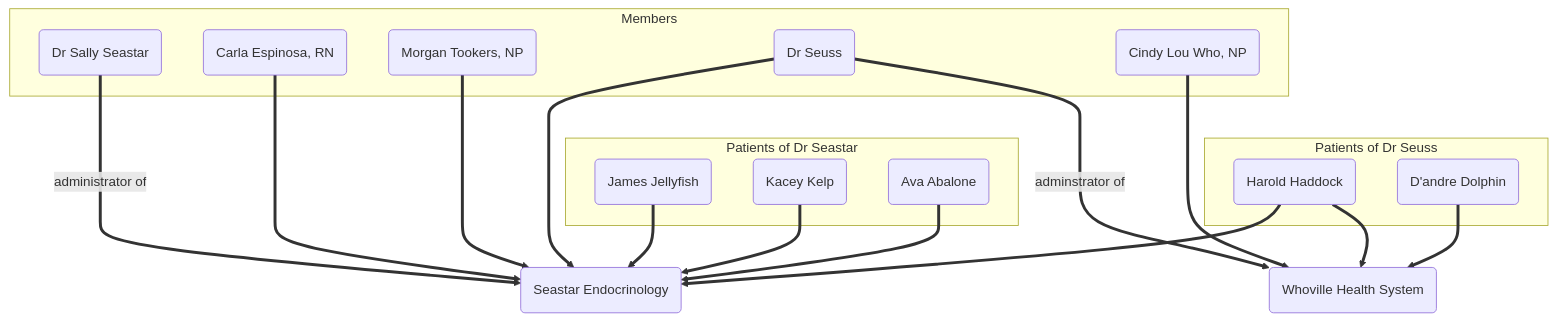
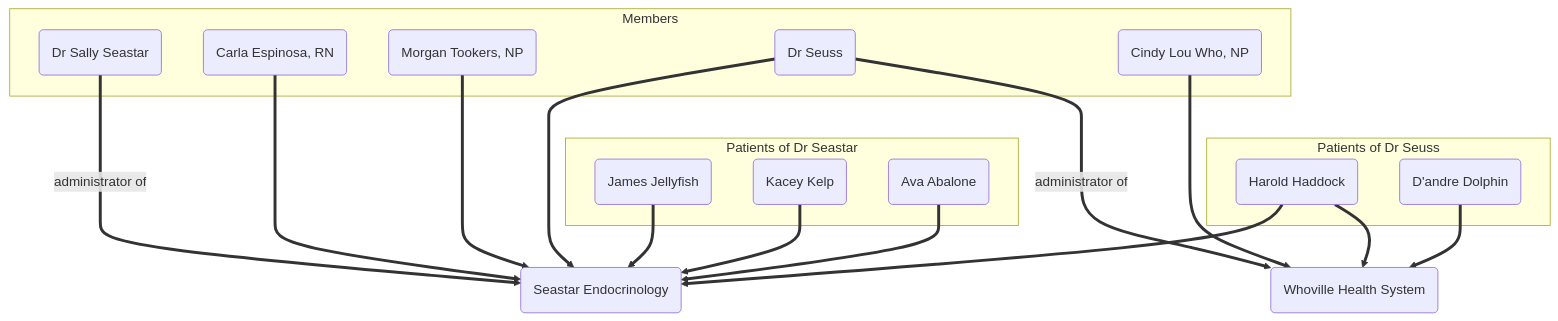
One commit to tidepool-org/TidepoolApi changed the second of 2 diagrams in docs/clinic-integration.md. Above: the diagram before and after it, drawn with Mermaid.

Commit message:
Ugh. Silly typo.

````diff
--- a/docs/clinic-integration.md
+++ b/docs/clinic-integration.md
@@ -75,34 +75,34 @@
 ```mermaid
 flowchart TB
     clinic1(Seastar Endocrinology)
     clinic2(Whoville Health System)
     subgraph Members
         member1(Dr Sally Seastar)
         member2(Carla Espinosa, RN)
         member3(Morgan Tookers, NP)
         member4(Dr Seuss)
         member5(Cindy Lou Who, NP)
     end
     subgraph Patients1 [Patients of Dr Seastar]
         patient1(James Jellyfish)
         patient2(Kacey Kelp)
         patient3(Ava Abalone)
     end
     subgraph Patients2 [Patients of Dr Seuss]
         patient4(Harold Haddock)
         patient5(D'andre Dolphin)
     end
 
     member1 == administrator of ===> clinic1
     member2 ===> clinic1
     member3 ===> clinic1
-    member4 == adminstrator of ===> clinic2
+    member4 == administrator of ===> clinic2
     member4 ===> clinic1
     member5 ===> clinic2
     patient1 ==> clinic1
     patient2 ==> clinic1
     patient3 ==> clinic1
     patient4 ==> clinic2
     patient5 ==> clinic2
     patient4 ==> clinic1
 ```
````
